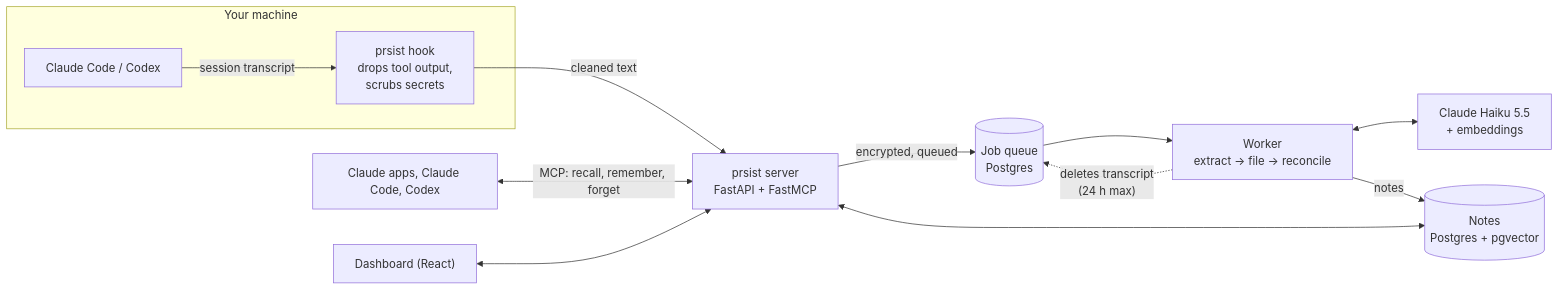
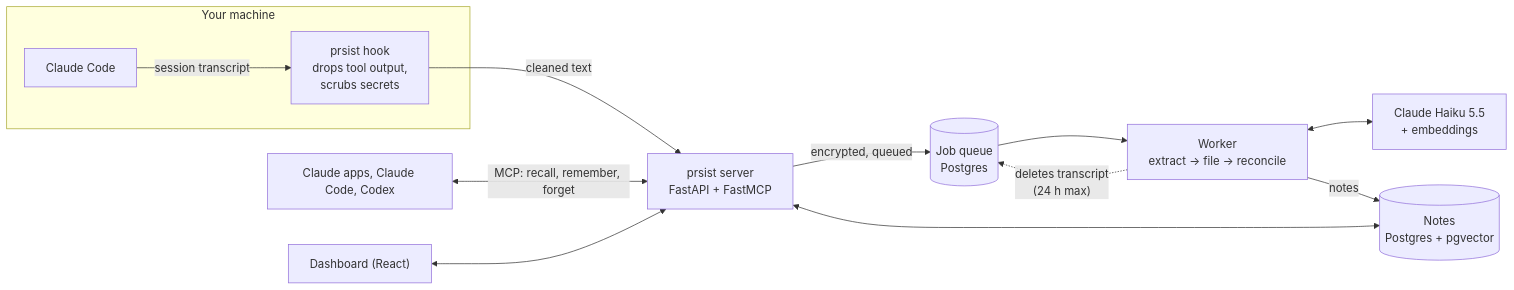
Before and after one commit to chrisjaymabalot/prsist-demo: the diagram in README.md, drawn with Mermaid. The commit also changed other lines of this file and 1 other file, not shown here.

Commit message:
Say only Claude Code has hooks today; Codex uses MCP until its hooks ship (r2-3)

````diff
--- a/README.md
+++ b/README.md
@@ -20,15 +20,15 @@
 ```mermaid
 flowchart LR
     subgraph local["Your machine"]
-        CC["Claude Code / Codex"] -->|"session transcript"| Hook["prsist hook<br/>drops tool output,<br/>scrubs secrets"]
+        CC["Claude Code"] -->|"session transcript"| Hook["prsist hook<br/>drops tool output,<br/>scrubs secrets"]
     end
     Hook -->|"cleaned text"| API["prsist server<br/>FastAPI + FastMCP"]
     API -->|"encrypted, queued"| Queue[("Job queue<br/>Postgres")]
     Queue --> Worker["Worker<br/>extract → file → reconcile"]
     Worker <--> Models["Claude Haiku 5.5<br/>+ embeddings"]
     Worker -->|"notes"| DB[("Notes<br/>Postgres + pgvector")]
     Worker -.->|"deletes transcript<br/>(24 h max)"| Queue
     Clients["Claude apps, Claude Code, Codex"] <-->|"MCP: recall, remember, forget"| API
     Dash["Dashboard (React)"] <--> API
     API <--> DB
 ```
````
